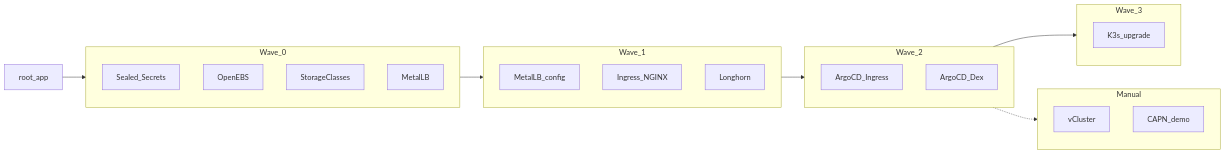
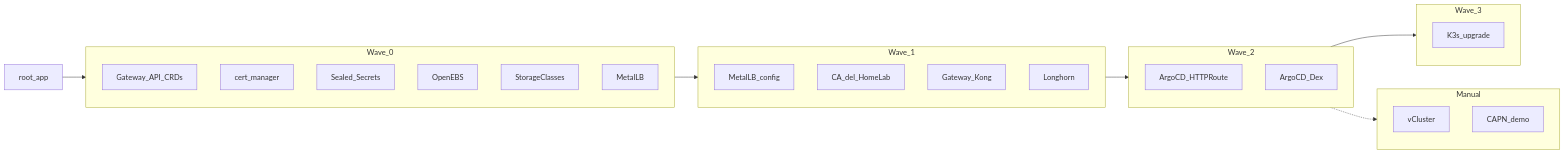
The first of 2 diagrams in docs/implementacion/fase-4-gitops.md (symintel/homelab), drawn with Mermaid before and after one commit. The commit also changed other lines of this file and 38 other files, not shown here.

````diff
--- a/docs/implementacion/fase-4-gitops.md
+++ b/docs/implementacion/fase-4-gitops.md
@@ -17,27 +17,30 @@
 ```mermaid
 flowchart LR
   subgraph wave0 [Wave_0]
+    GA[Gateway_API_CRDs]
+    CM[cert_manager]
     SS[Sealed_Secrets]
     OB[OpenEBS]
     SC[StorageClasses]
     ML[MetalLB]
   end
   subgraph wave1 [Wave_1]
     MLC[MetalLB_config]
-    ING[Ingress_NGINX]
+    CMC[CA_del_HomeLab]
+    GW[Gateway_Kong]
     LH[Longhorn]
   end
   subgraph wave2 [Wave_2]
-    AING[ArgoCD_Ingress]
+    AR[ArgoCD_HTTPRoute]
     ACFG[ArgoCD_Dex]
   end
   subgraph wave3 [Wave_3]
     UPG[K3s_upgrade]
   end
   subgraph manual [Manual]
     VC[vCluster]
     CAPN[CAPN_demo]
   end
   root[root_app] --> wave0 --> wave1 --> wave2 --> wave3
   wave2 -.-> manual
 ```
````
